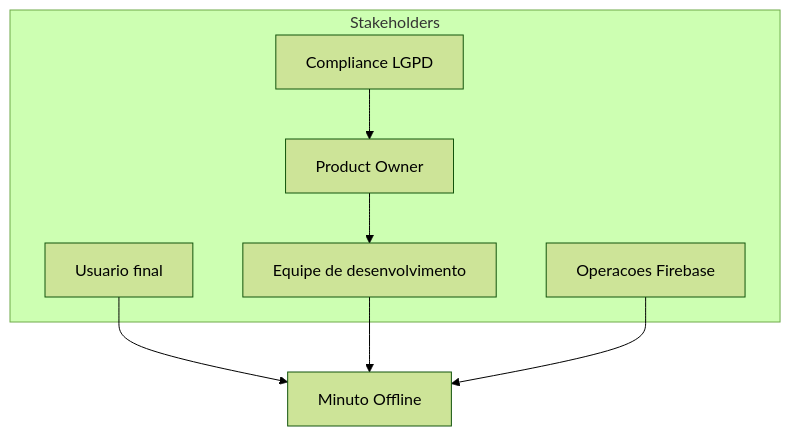
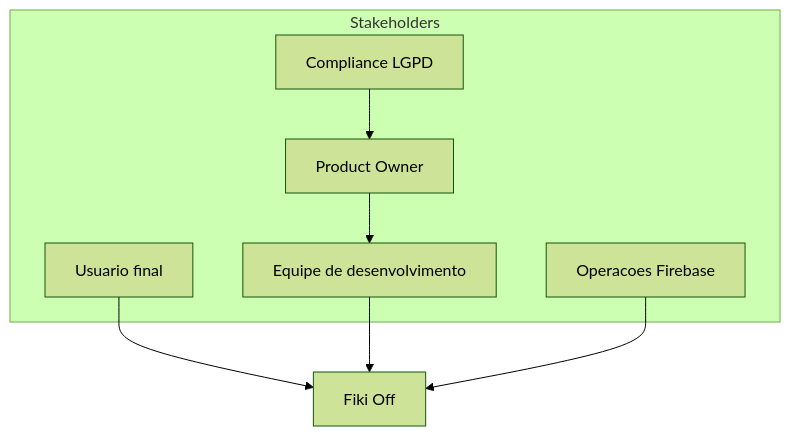
The first of 2 diagrams in docs/architecture/vision.md (AdrianeSantosDev/FikiOff), drawn with Mermaid (forest theme) before and after one commit. The commit also changed other lines of this file and 65 other files, not shown here.

````diff
--- a/docs/architecture/vision.md
+++ b/docs/architecture/vision.md
@@ -58,16 +58,16 @@
 ```mermaid
 flowchart TB
   subgraph stakeholders [Stakeholders]
     U[Usuario final]
     PO[Product Owner]
     DEV[Equipe de desenvolvimento]
     OPS[Operacoes Firebase]
     LGL[Compliance LGPD]
   end
 
   PO --> DEV
-  U --> App[Minuto Offline]
+  U --> App[Fiki Off]
   DEV --> App
   OPS --> App
   LGL --> PO
 ```
````
